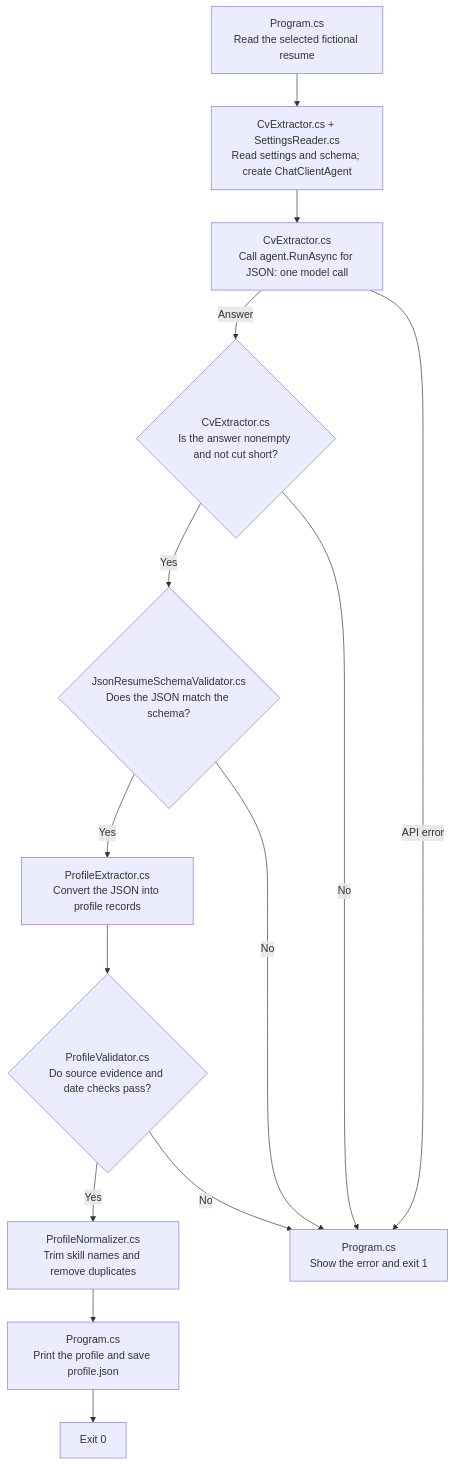
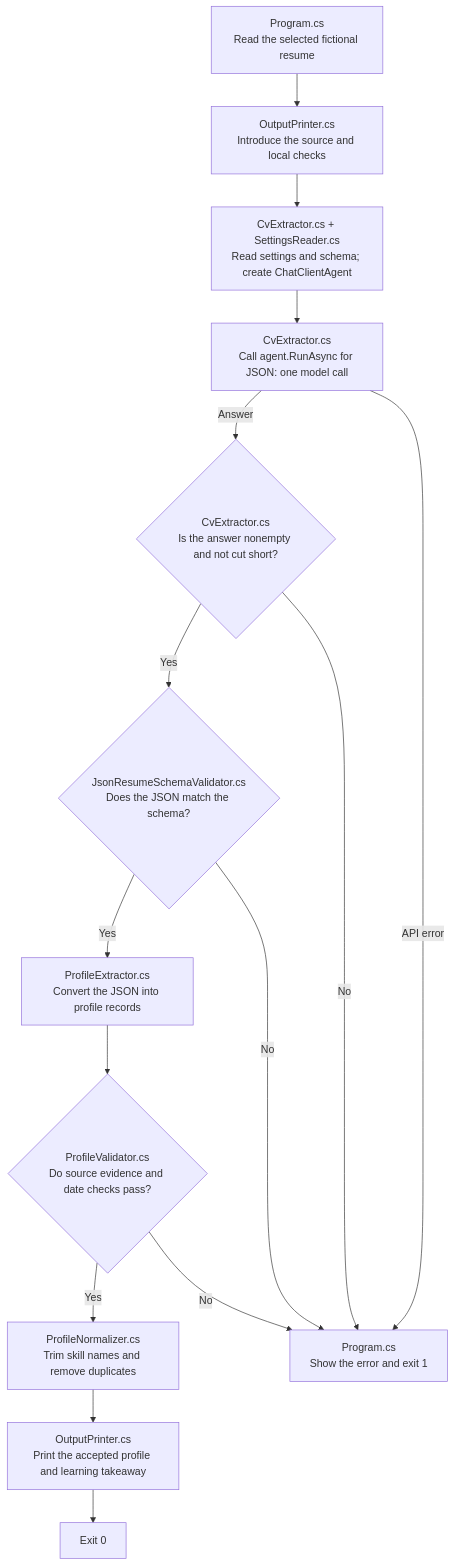
Before and after one commit to KhosroPakmanesh/ai-engineering-training: the diagram in 02-structured-output/structured-output/README.md, drawn with Mermaid. The commit also changed other lines of this file and 22 other files, not shown here.

````diff
--- a/02-structured-output/structured-output/README.md
+++ b/02-structured-output/structured-output/README.md
@@ -21,16 +21,17 @@
 ```mermaid
 flowchart TD
-    A["Program.cs<br/>Read the selected fictional resume"] --> B["CvExtractor.cs + SettingsReader.cs<br/>Read settings and schema; create ChatClientAgent"]
+    A["Program.cs<br/>Read the selected fictional resume"] --> O["OutputPrinter.cs<br/>Introduce the source and local checks"]
+    O --> B["CvExtractor.cs + SettingsReader.cs<br/>Read settings and schema; create ChatClientAgent"]
     B --> C["CvExtractor.cs<br/>Call agent.RunAsync for JSON: one model call"]
     C -->|Answer| D{"CvExtractor.cs<br/>Is the answer nonempty and not cut short?"}
     D -->|Yes| E{"JsonResumeSchemaValidator.cs<br/>Does the JSON match the schema?"}
     E -->|Yes| P["ProfileExtractor.cs<br/>Convert the JSON into profile records"]
     P --> V{"ProfileValidator.cs<br/>Do source evidence and date checks pass?"}
     V -->|Yes| F["ProfileNormalizer.cs<br/>Trim skill names and remove duplicates"]
-    F --> G["Program.cs<br/>Print the profile and save profile.json"]
+    F --> G["OutputPrinter.cs<br/>Print the accepted profile and learning takeaway"]
     G --> H["Exit 0"]
     E -->|No| I["Program.cs<br/>Show the error and exit 1"]
     V -->|No| I
     C -->|API error| I
     D -->|No| I
 ```
````
